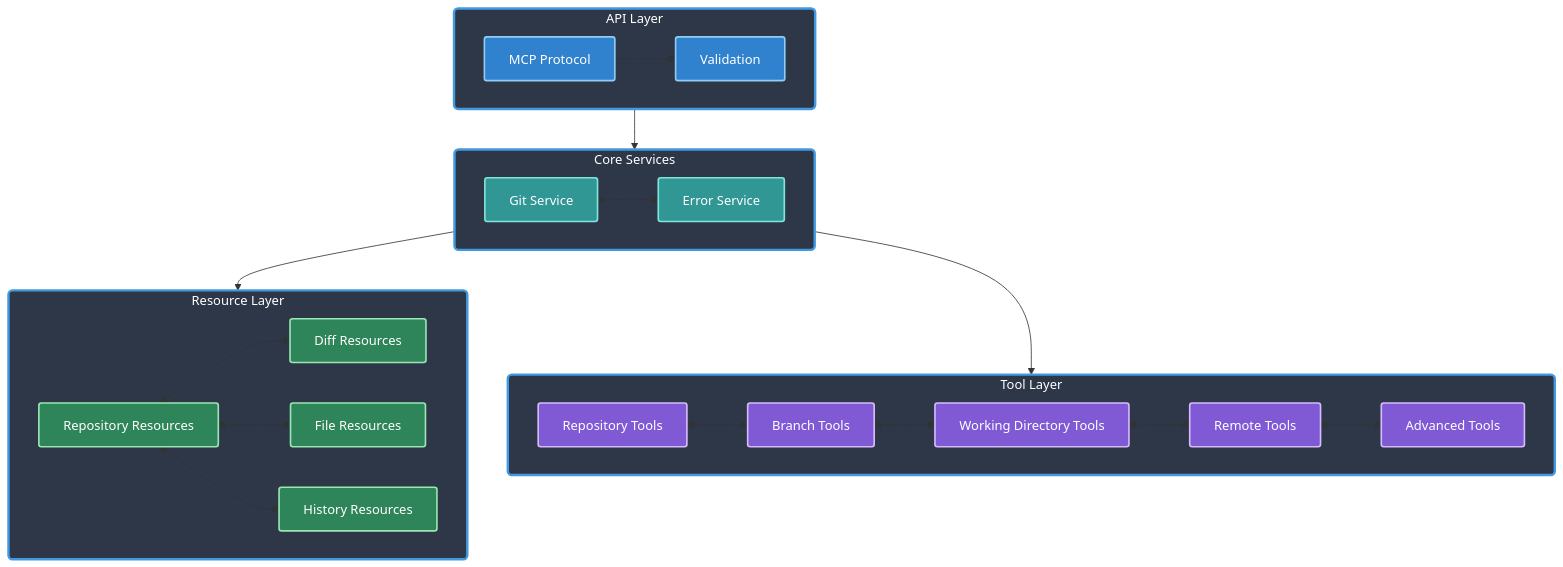
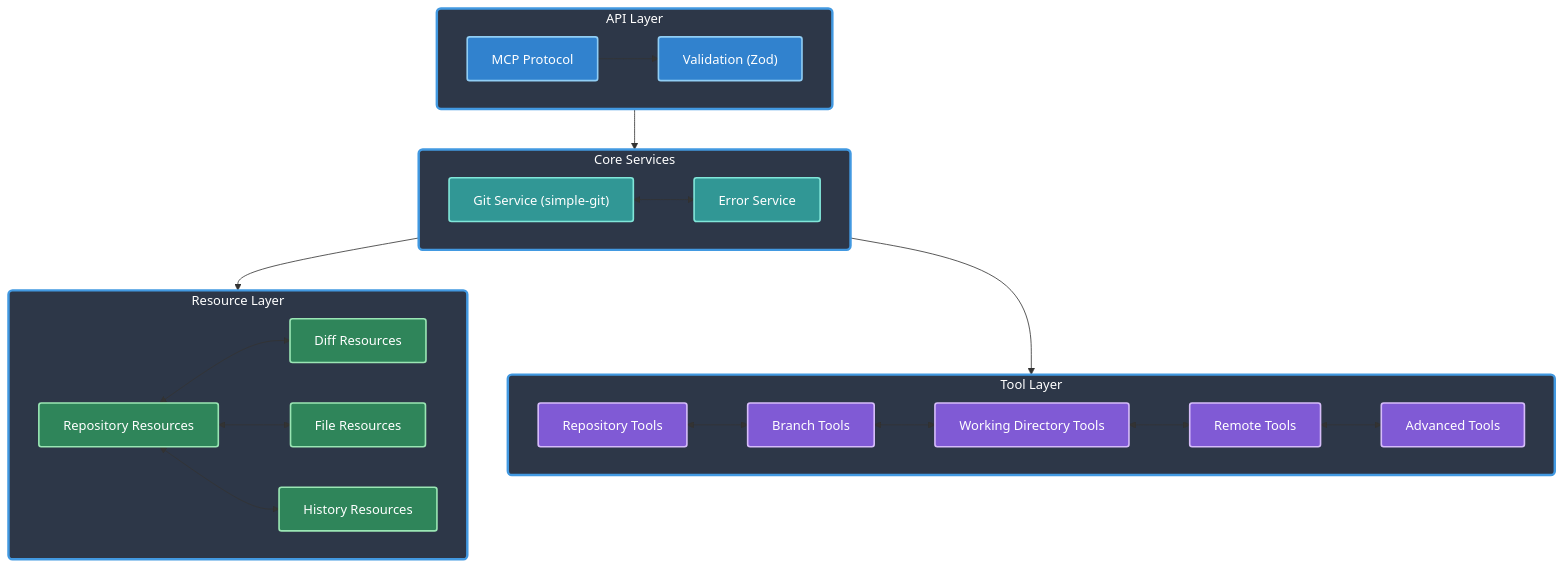
One commit to zhoushaokun/git-mcp-server changed the diagram in README.md. Above: the diagram before and after it, drawn with Mermaid. The commit also changed other lines of this file and 9 other files, not shown here.

````diff
--- a/README.md
+++ b/README.md
@@ -57,61 +57,61 @@
 ```mermaid
 flowchart TB
     subgraph API["API Layer"]
         direction LR
         MCP["MCP Protocol"]
-        Val["Validation"]
+        Val["Validation (Zod)"]
 
         MCP --> Val
     end
 
     subgraph Core["Core Services"]
         direction LR
-        GitService["Git Service"]
+        GitService["Git Service (simple-git)"]
         ErrorService["Error Service"]
 
         GitService <--> ErrorService
     end
 
     subgraph Resources["Resource Layer"]
         direction LR
         Repo["Repository Resources"]
         Diff["Diff Resources"]
         File["File Resources"]
         History["History Resources"]
 
         Repo <--> Diff
         Repo <--> File
         Repo <--> History
     end
 
     subgraph Tools["Tool Layer"]
         direction LR
         RepoTools["Repository Tools"]
         BranchTools["Branch Tools"]
         WorkdirTools["Working Directory Tools"]
         RemoteTools["Remote Tools"]
         AdvancedTools["Advanced Tools"]
 
         RepoTools <--> BranchTools
         BranchTools <--> WorkdirTools
         WorkdirTools <--> RemoteTools
         RemoteTools <--> AdvancedTools
     end
 
     Val --> GitService
     GitService --> Resources
     GitService --> Tools
 
     classDef layer fill:#2d3748,stroke:#4299e1,stroke-width:3px,rx:5,color:#fff
     classDef component fill:#1a202c,stroke:#a0aec0,stroke-width:2px,rx:3,color:#fff
     classDef api fill:#3182ce,stroke:#90cdf4,stroke-width:2px,rx:3,color:#fff
     classDef core fill:#319795,stroke:#81e6d9,stroke-width:2px,rx:3,color:#fff
     classDef resource fill:#2f855a,stroke:#9ae6b4,stroke-width:2px,rx:3,color:#fff
     classDef tool fill:#805ad5,stroke:#d6bcfa,stroke-width:2px,rx:3,color:#fff
 
     class API,Core,Resources,Tools layer
     class MCP,Val api
     class GitService,ErrorService core
     class Repo,Diff,File,History resource
     class RepoTools,BranchTools,WorkdirTools,RemoteTools,AdvancedTools tool
 ```
````
